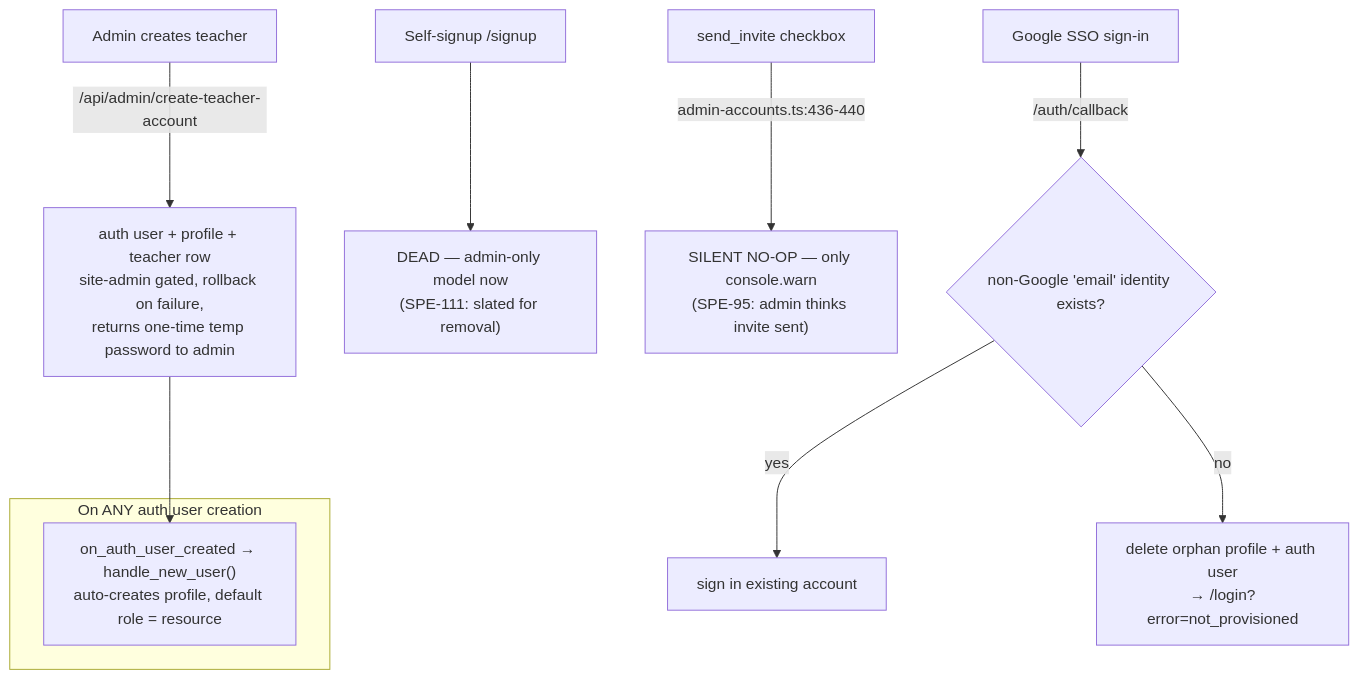
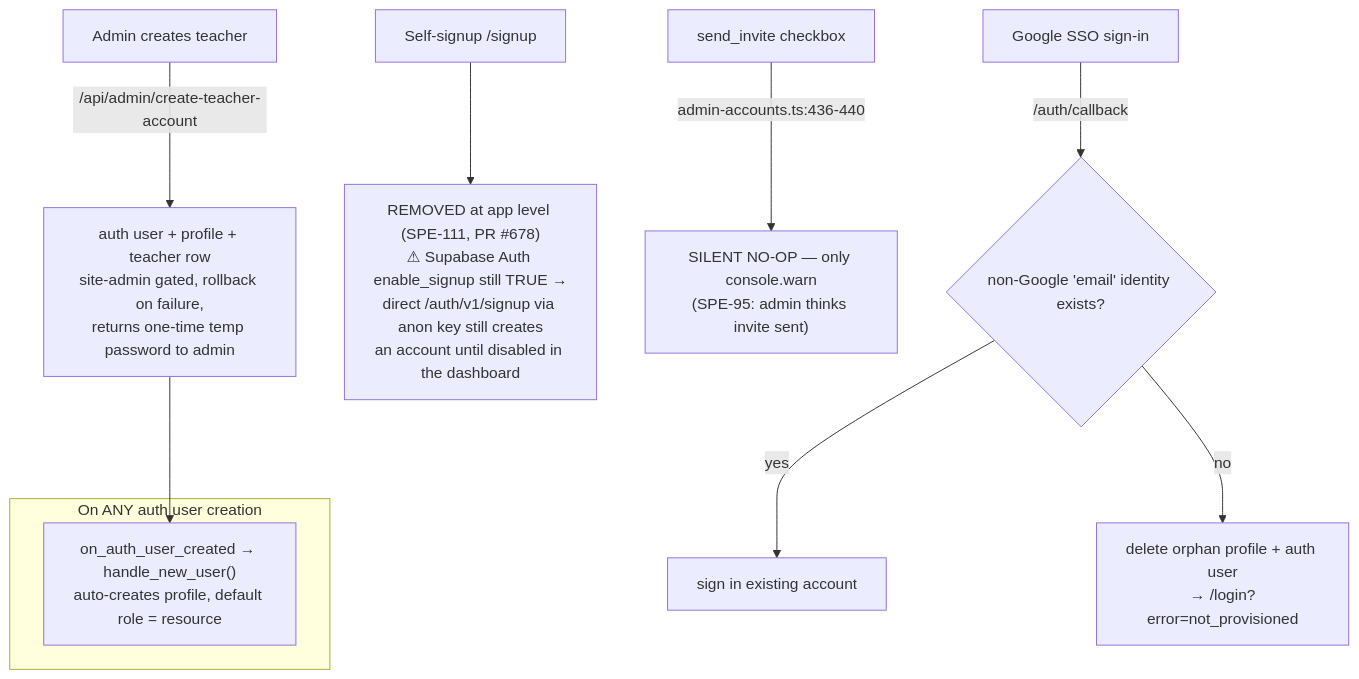
The fourth of 8 diagrams in docs/ARCHITECTURE.md (bstewart2255/speddy), drawn with Mermaid before and after one commit. The commit also changed other lines of this file, not shown here.

First line of the commit message:
docs(architecture): self-signup removed; flag residual Auth-level signup gap (§4) (#679)

````diff
--- a/docs/ARCHITECTURE.md
+++ b/docs/ARCHITECTURE.md
@@ -267,17 +268,17 @@
 ```mermaid
 flowchart TD
     subgraph Trigger["On ANY auth user creation"]
       T["on_auth_user_created → handle_new_user()<br/>auto-creates profile, default role = resource"]
     end
 
     A["Admin creates teacher"] -->|"/api/admin/create-teacher-account"| OK["auth user + profile + teacher row<br/>site-admin gated, rollback on failure,<br/>returns one-time temp password to admin"]
     OK --> T
 
-    B["Self-signup /signup"] --> DEAD["DEAD — admin-only model now<br/>(SPE-111: slated for removal)"]
+    B["Self-signup /signup"] --> GONE["REMOVED at app level (SPE-111, PR #678)<br/>⚠ Supabase Auth enable_signup still TRUE →<br/>direct /auth/v1/signup via anon key still creates<br/>an account until disabled in the dashboard"]
 
     C["send_invite checkbox"] -->|"admin-accounts.ts:436-440"| NOOP["SILENT NO-OP — only console.warn<br/>(SPE-95: admin thinks invite sent)"]
 
     G["Google SSO sign-in"] -->|"/auth/callback"| GATE{"non-Google 'email' identity exists?"}
     GATE -->|yes| GIN["sign in existing account"]
     GATE -->|no| GDEL["delete orphan profile + auth user<br/>→ /login?error=not_provisioned"]
 ```
````
